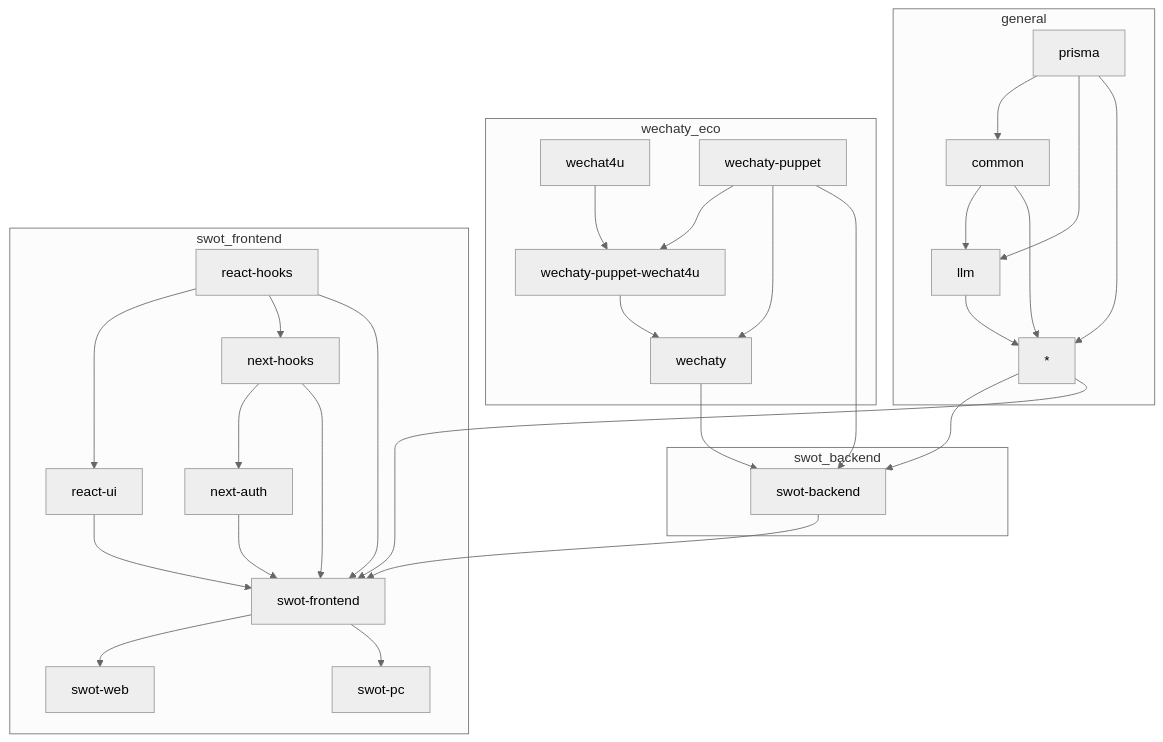
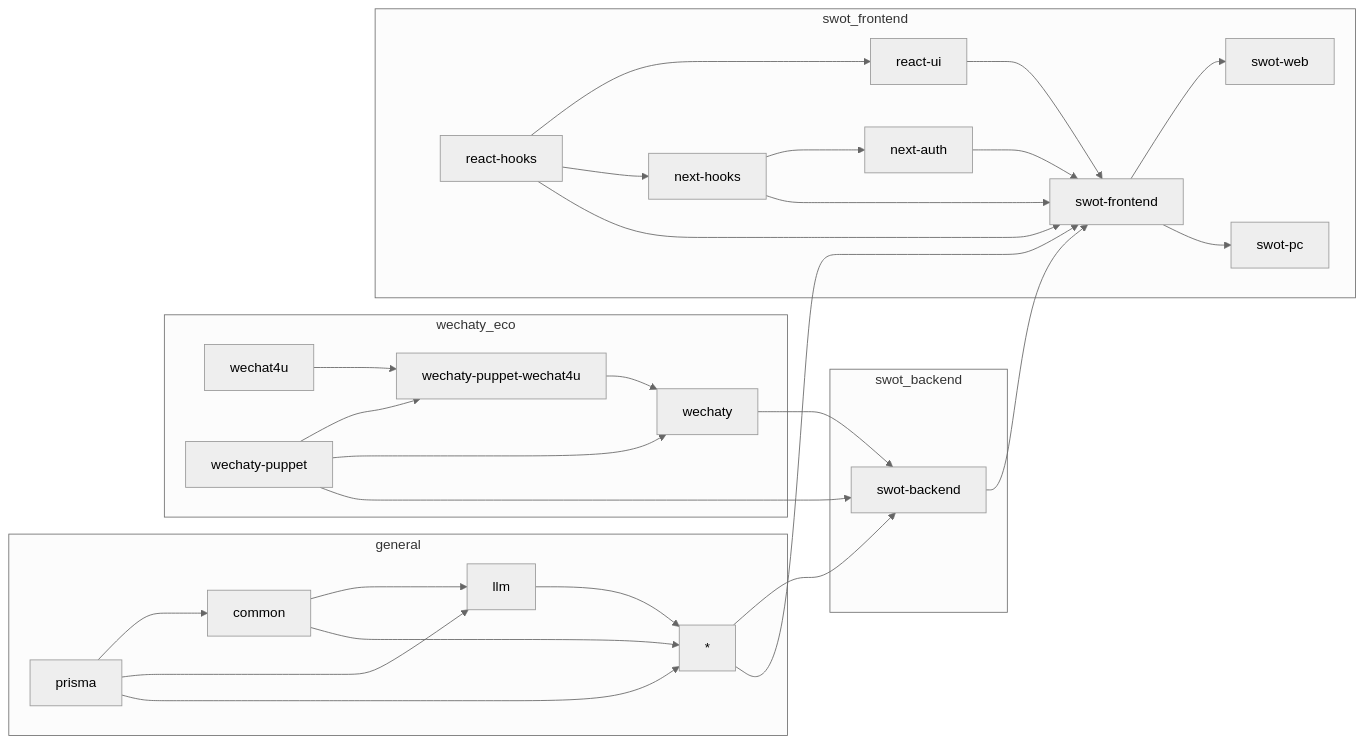
The diagram in README.md (cs-magic/codebase-ts), drawn with Mermaid (neutral theme) before and after one commit.

Commit message:
fixed subgraph

````diff
--- a/README.md
+++ b/README.md
@@ -11,30 +11,30 @@
 ```mermaid
-graph TD;
+graph LR;
     subgraph general
         prisma --> common & llm & *;
         common --> llm & *;
         llm --> *;
     end
     
     subgraph wechaty_eco
         wechat4u --> wechaty-puppet-wechat4u;
         wechaty-puppet --> wechaty-puppet-wechat4u & wechaty;
         wechaty-puppet-wechat4u --> wechaty;
     end
     
     subgraph swot_backend
         * --> swot-backend;
         wechaty-puppet --> swot-backend;
         wechaty --> swot-backend;
     end
     
     subgraph swot_frontend
         * --> swot-frontend;
         swot-backend --> swot-frontend;
         react-hooks --> react-ui & next-hooks & swot-frontend;
         react-ui --> swot-frontend;
         next-hooks --> next-auth & swot-frontend;
         next-auth --> swot-frontend;
         swot-frontend --> swot-web & swot-pc;
     end
 ```
````
